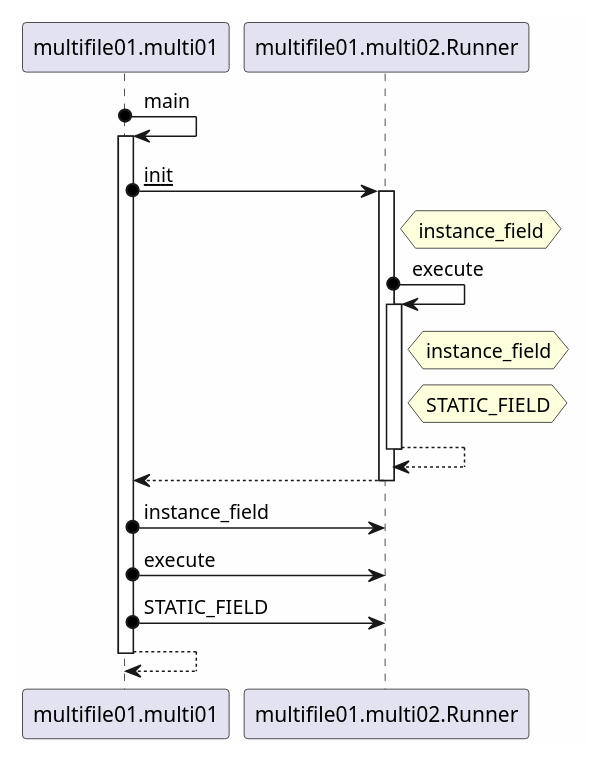
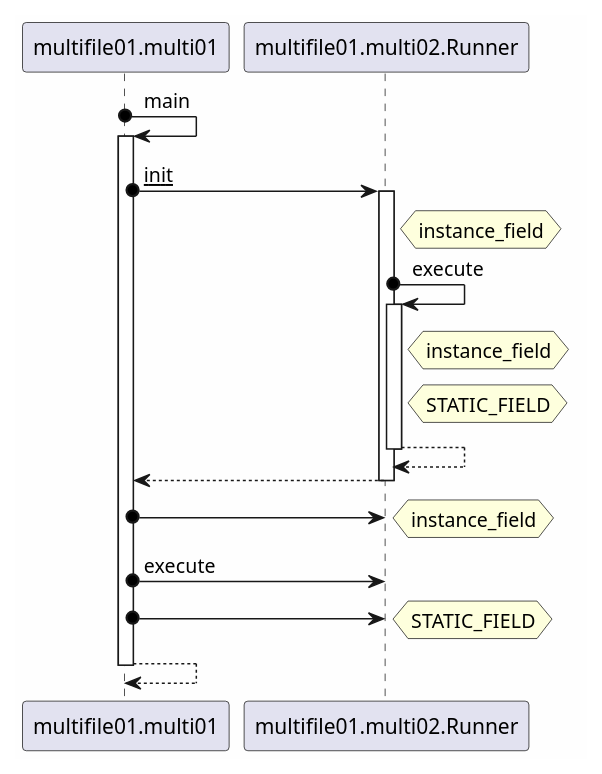
The diagram in examples/multifile01/out/multifile.plantuml (anetczuk/pyastgraph), drawn with PlantUML before and after one commit. The commit also changed 16 other files, not shown here.

Commit message:
Sequence diagram: field access as note

```diff
--- a/examples/multifile01/out/multifile.plantuml
+++ b/examples/multifile01/out/multifile.plantuml
@@ -1,34 +1,40 @@
 @startuml
 
 skinparam backgroundColor #FEFEFE
 
 
 multifile01.multi01 o-> multifile01.multi01 : main
 activate multifile01.multi01
   multifile01.multi01 o-> multifile01.multi02.Runner : __init__
   activate multifile01.multi02.Runner
     hnote right of multifile01.multi02.Runner
     instance_field
-    endrnote
+    endnote
     multifile01.multi02.Runner o-> multifile01.multi02.Runner : execute
     activate multifile01.multi02.Runner
       hnote right of multifile01.multi02.Runner
       instance_field
-      endrnote
+      endnote
       hnote right of multifile01.multi02.Runner
       STATIC_FIELD
-      endrnote
+      endnote
     multifile01.multi02.Runner --> multifile01.multi02.Runner
     deactivate multifile01.multi02.Runner
 
   multifile01.multi02.Runner --> multifile01.multi01
   deactivate multifile01.multi02.Runner
 
-  multifile01.multi01 o-> multifile01.multi02.Runner : instance_field
+  multifile01.multi01 o-> multifile01.multi02.Runner 
+  hnote right
+  instance_field
+  end note
   multifile01.multi01 o-> multifile01.multi02.Runner : execute
-  multifile01.multi01 o-> multifile01.multi02.Runner : STATIC_FIELD
+  multifile01.multi01 o-> multifile01.multi02.Runner 
+  hnote right
+  STATIC_FIELD
+  end note
 multifile01.multi01 --> multifile01.multi01
 deactivate multifile01.multi01
 
 
 @enduml
```
